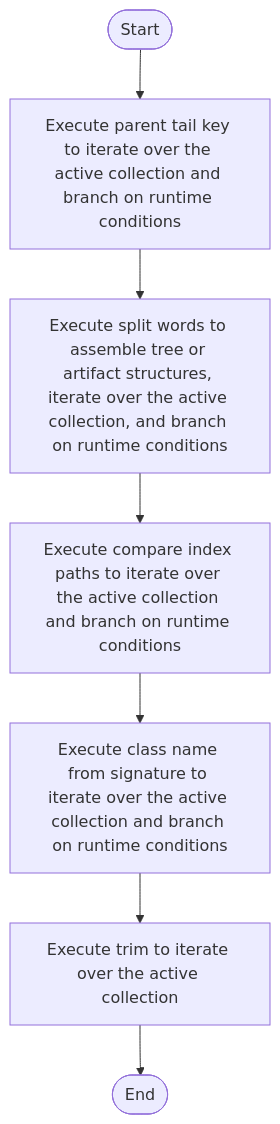
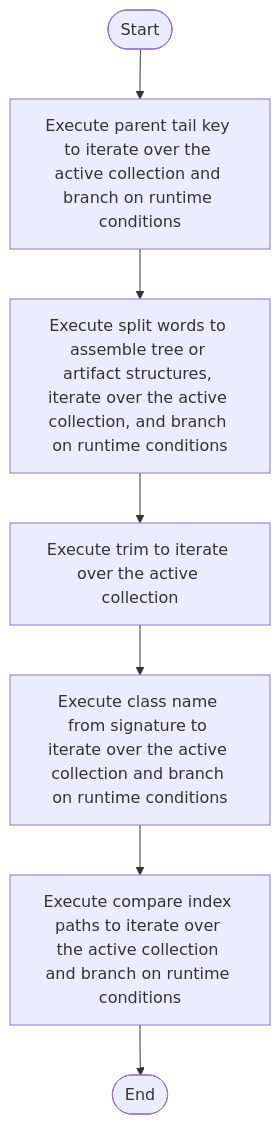
Before and after one commit to JohnAndrewBalbarosa/NeoTerritory: the first of 12 diagrams in docs/Codebase/Microservice/Modules/Source/SyntacticBrokenAST/ParseTree/hash_links_common.cpp.md, drawn with Mermaid. The commit also changed other lines of this file and 389 other files, not shown here.

````diff
--- a/docs/Codebase/Microservice/Modules/Source/SyntacticBrokenAST/ParseTree/hash_links_common.cpp.md
+++ b/docs/Codebase/Microservice/Modules/Source/SyntacticBrokenAST/ParseTree/hash_links_common.cpp.md
@@ -36,16 +46,16 @@
 ```mermaid
 flowchart TD
     Start([Start])
     N0[Execute parent tail key to iterate over the active collection and branch on runtime conditions]
     N1[Execute split words to assemble tree or artifact structures, iterate over the active collection, and branch on runtime conditions]
-    N2[Execute compare index paths to iterate over the active collection and branch on runtime conditions]
+    N2[Execute trim to iterate over the active collection]
     N3[Execute class name from signature to iterate over the active collection and branch on runtime conditions]
-    N4[Execute trim to iterate over the active collection]
+    N4[Execute compare index paths to iterate over the active collection and branch on runtime conditions]
     End([End])
     Start --> N0
     N0 --> N1
     N1 --> N2
     N2 --> N3
     N3 --> N4
     N4 --> End
 ```
````
